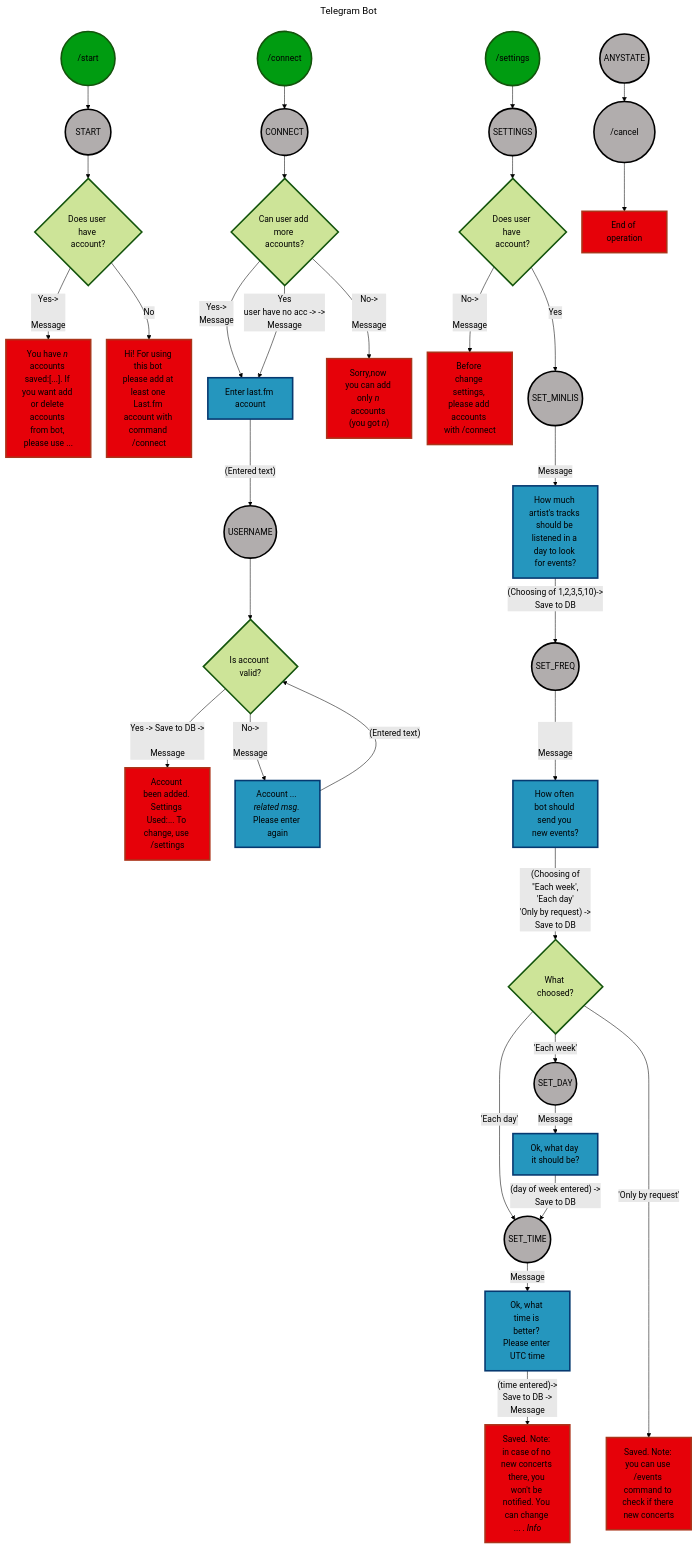
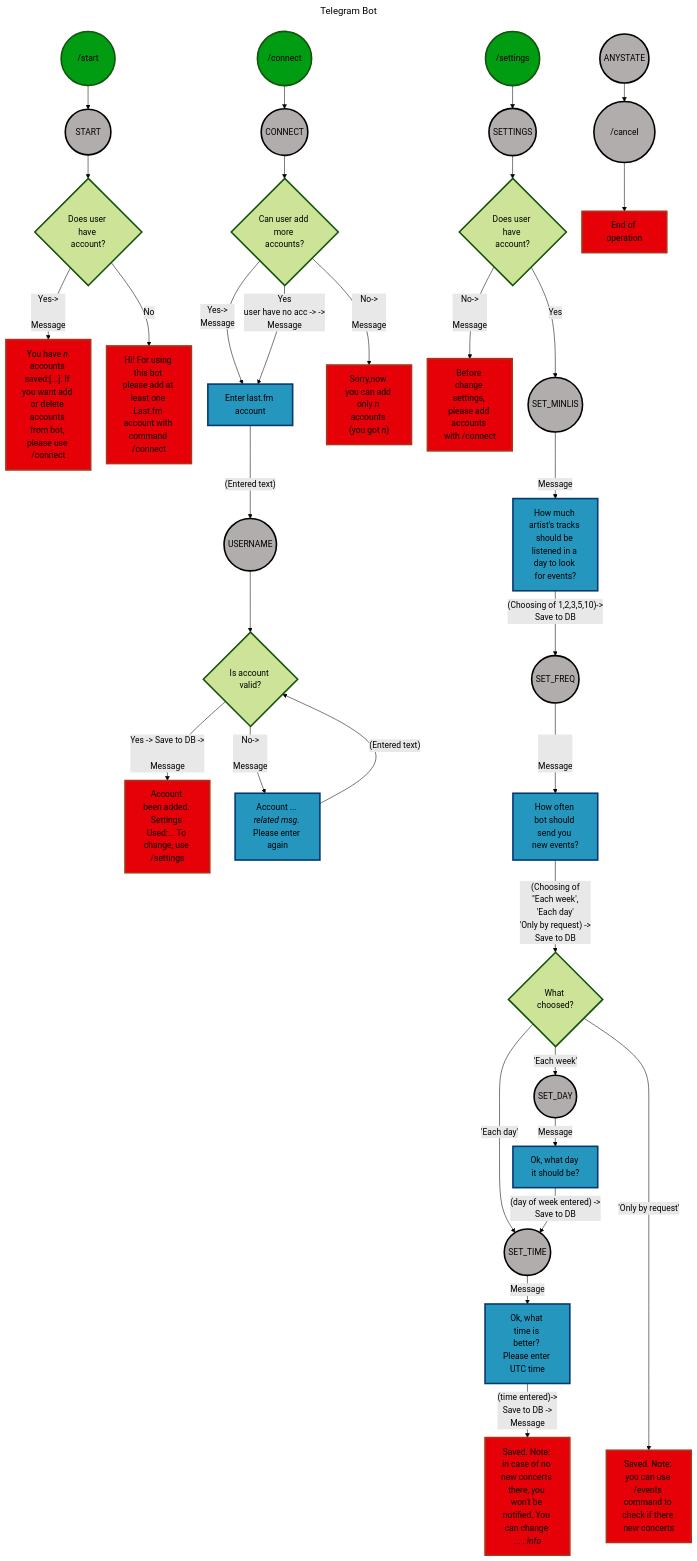
Before and after one commit to baidakovil/GreenGrassBot: the diagram in diagrams/diagram.mmd, drawn with Mermaid. The commit also changed 5 other files, not shown here.

```diff
--- a/diagrams/diagram.mmd
+++ b/diagrams/diagram.mmd
@@ -1,59 +1,59 @@
 ---
 title: Telegram Bot
 ---
 %%{
     init: {
         'theme': 'forest',
         'flowchart': {
                     'diagramPadding':30,
                     'titleTopMargin':25,
                     'nodeSpacing':30,
                     'rankSpacing':30,
                     'curve':'basis',
                     'padding':15,
                     'defaultRenderer':'dagre-wrapper',
                     'wrappingWidth':100
                     },
         'themeVariables': {
                             }
             }
     }%%
 
 flowchart TB
     A(("⠀⠀/start⠀⠀")) --> A1(("⠀START⠀"))-->B{"`Does user have account?`"}
-    B -->|Yes-></br></br>Message| C1["`You have *n* accounts saved:[...]. If you want add or delete accounts from bot, please use ...`"]
+    B -->|Yes-></br></br>Message| C1["`You have *n* accounts saved:[...]. If you want add or delete accounts from bot, please use /connect`"]
     B -->|No| C2["`Hi! For using this bot please add at least one Last.fm account with command /connect`"]
     J -->|Yes-></br>Message|E["`Enter last.fm account`"]
     J -->|Yes</br>user have no acc -> -></br>Message|E["`Enter last.fm account`"]
     J -->|No-></br></br>Message|K["`Sorry,now you can add only *n* accounts (you got *n*)`"]
     E -->|"(Entered text)"|E1((USERNAME))-->F{Is account valid?}
     F -->|Yes -> Save to DB -></br></br>Message| G["`Account been added. Settings Used:... To change, use /settings`"]
     F -->|No-></br></br>Message| H["`Account ... *related msg*. Please enter again`"]
     H -->|"(Entered text)"|F
     I(("⠀/connect⠀"))-->D(("CONNECT"))-->J{"`Can user add more accounts?`"}
     L(("⠀/settings⠀")) --> L1(("SETTINGS"))-->M{"`Does user have account?`"}
     M -->|No-></br></br>Message| N["`Before change settings, please add accounts with /connect`"]
     M -->|Yes| O((SET_MINLIS))
     O -->|Message|P["`How much artist's tracks should be listened in a day to look for events?`"]
     P -->|"(Choosing of 1,2,3,5,10)-></br>Save to DB"| P1((SET_FREQ))
     P1-->|"</br></br>Message"| Q["`How often bot should send you new events?`"]
     Q-->|"(Choosing of </br>''Each week',</br>'Each day'</br>'Only by request) -></br>Save to DB"|R{What choosed?}
     R-->|'Each day'|R2
     S1["`Ok, what time is better? Please enter UTC time`"]-->|"(time entered)-> </br>Save to DB -> </br>Message"|T["`Saved. Note: in case of no new concerts there, you won't be notified. You can change ... . *Info*`"]
     R-->|'Each week'|R1((SET_DAY))-->|Message|S2["`Ok, what day it should be?`"]
     S2-->|"(day of week entered) -> </br>Save to DB"|R2((SET_TIME))-->|Message|S1
     R------>|'Only by request'|U["`Saved. Note: you can use /events command to check if there new concerts`"]
 
     Z1((ANYSTATE))-->Z2(("⠀⠀/cancel⠀⠀"))-->Z3[End of operation]
 
 
     classDef default stroke-width:3px
     classDef userInput fill:#2596be,stroke:#063970
     classDef state fill:#B1ADAD,stroke:#000000
     classDef entryPoint fill:#009c11
     classDef termination fill:#E60109,stroke:#ab341a
     class A,I,L entryPoint
     class B,F,M,P,R decision
     class C1,C2,G,K,N,T,U,Z3 termination
     class A1,E1,D,O,L1,P1,R1,R2,Z1,Z2 state
     class E,H,P,Q,S1,S2 userInput
```
